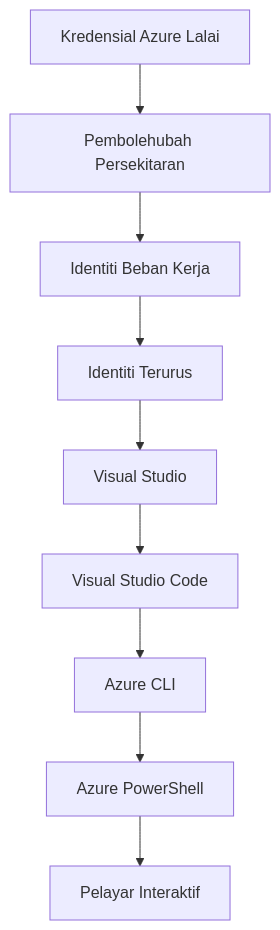
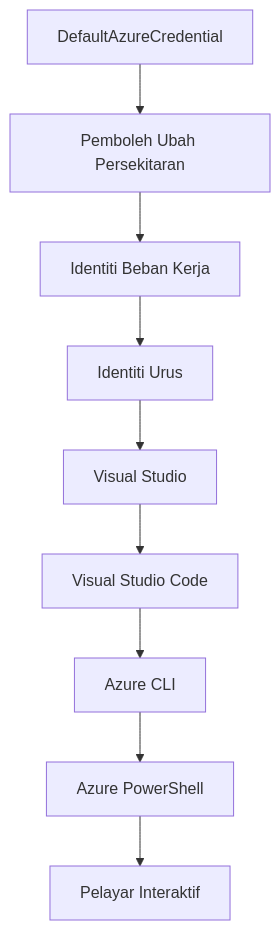
One commit to microsoft/AZD-for-beginners changed the second of 2 diagrams in translations/ms/docs/chapter-01-foundation/azd-basics.md. Above: the diagram before and after it, drawn with Mermaid. The commit also changed other lines of this file and 101 other files, not shown here.

````diff
--- a/translations/ms/docs/chapter-01-foundation/azd-basics.md
+++ b/translations/ms/docs/chapter-01-foundation/azd-basics.md
@@ -557,11 +593,11 @@
 ```mermaid
 graph TD
-    A[Kredensial Azure Lalai] --> B[Pembolehubah Persekitaran]
+    A[DefaultAzureCredential] --> B[Pemboleh Ubah Persekitaran]
     B --> C[Identiti Beban Kerja]
-    C --> D[Identiti Terurus]
+    C --> D[Identiti Urus]
     D --> E[Visual Studio]
     E --> F[Visual Studio Code]
     F --> G[Azure CLI]
     G --> H[Azure PowerShell]
     H --> I[Pelayar Interaktif]
-```
+```  
````
